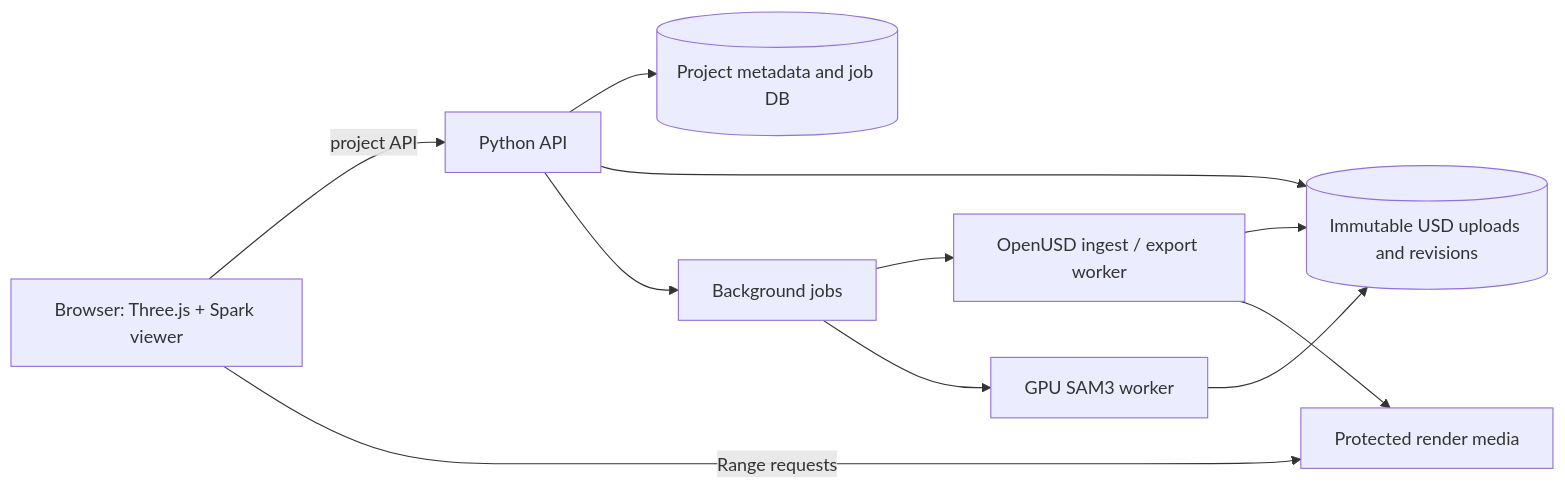
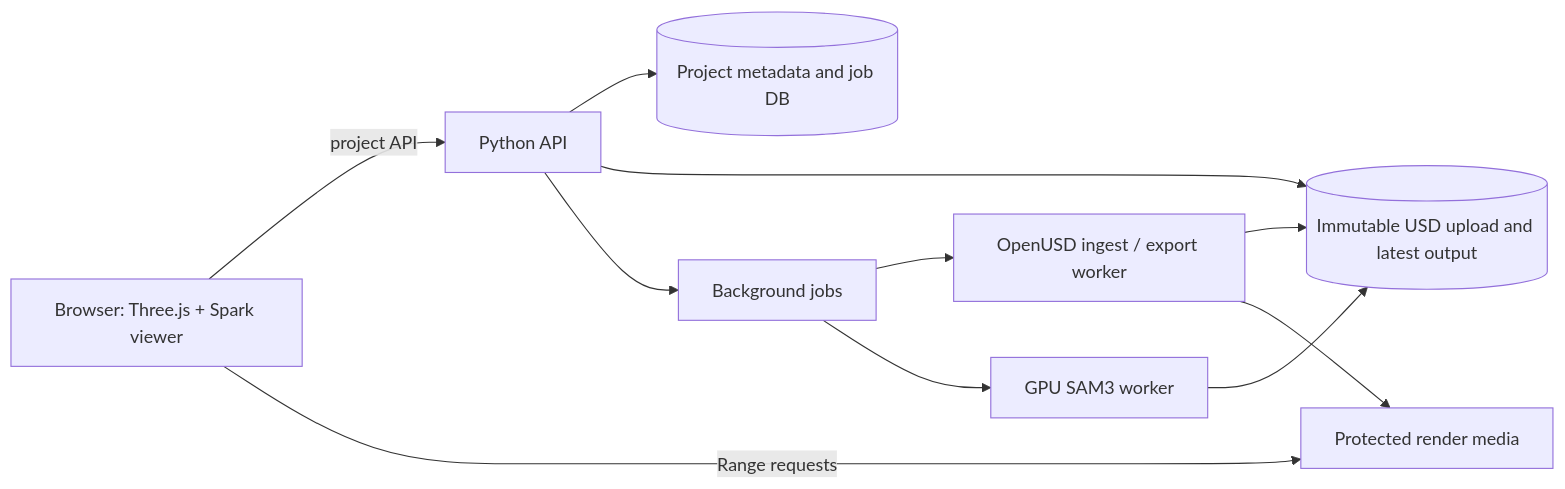
Before and after one commit to sdg-xs/scan-objectification: the diagram in docs/superpowers/specs/2026-10-20-usd-web-segmentation-foundation-design.md, drawn with Mermaid. The commit also changed other lines of this file, not shown here.

````diff
--- a/docs/superpowers/specs/2026-10-20-usd-web-segmentation-foundation-design.md
+++ b/docs/superpowers/specs/2026-10-20-usd-web-segmentation-foundation-design.md
@@ -28,13 +28,13 @@
 ```mermaid
 flowchart LR
   B[Browser: Three.js + Spark viewer] -->|project API| A[Python API]
   B -->|Range requests| M[Protected render media]
   A --> D[(Project metadata and job DB)]
-  A --> O[(Immutable USD uploads and revisions)]
+  A --> O[(Immutable USD upload and latest output)]
   A --> Q[Background jobs]
   Q --> U[OpenUSD ingest / export worker]
   Q --> G[GPU SAM3 worker]
   U --> O
   U --> M
   G --> O
 ```
````
